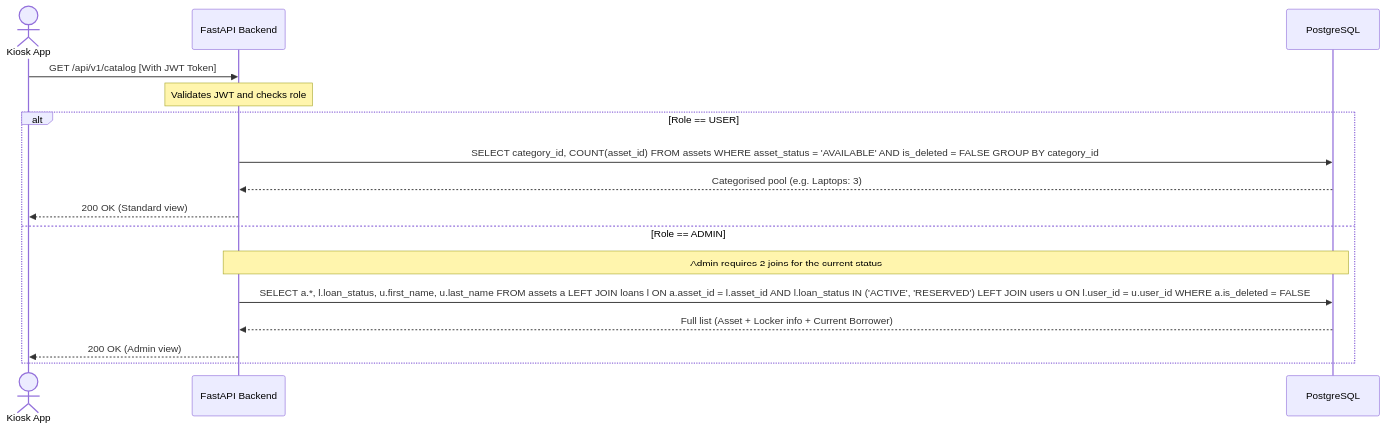
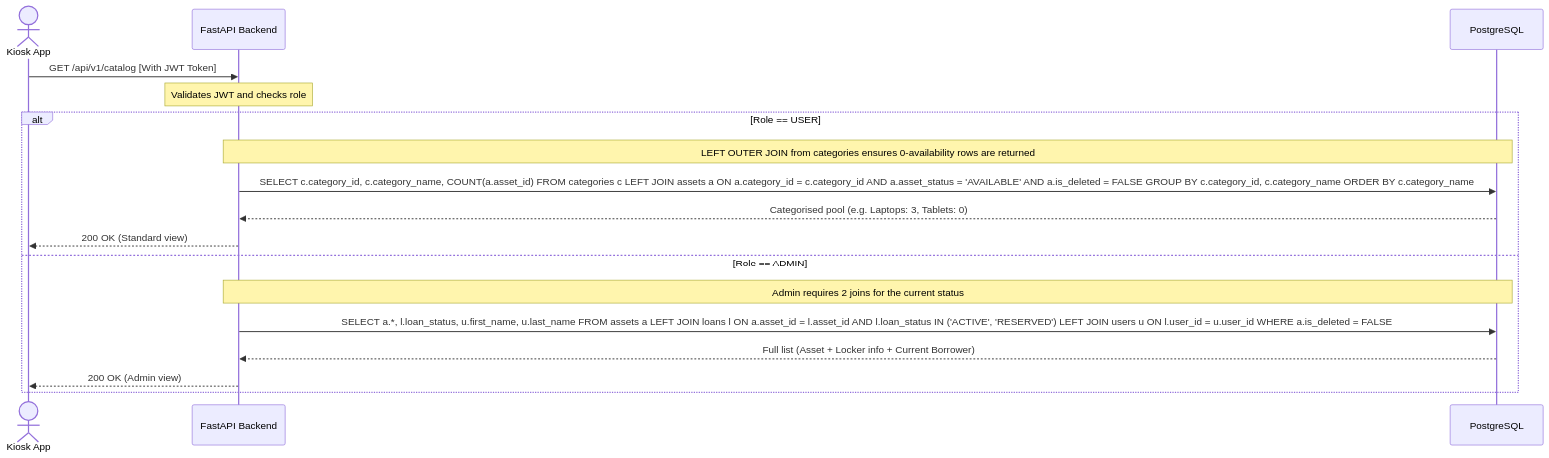
The diagram in docs/diagrams/sequence_catalog.mmd (easylend-practice-enterprise/easylend), drawn with Mermaid before and after one commit. The commit also changed 6 other files, not shown here.

Commit message:
chore: eliminate all remaining architectural drift (SQL and documentation)

```diff
--- a/docs/diagrams/sequence_catalog.mmd
+++ b/docs/diagrams/sequence_catalog.mmd
@@ -1,18 +1,19 @@
 sequenceDiagram
     actor Client as Kiosk App
     participant API as FastAPI Backend
     participant DB as PostgreSQL
 
     Client->>API: GET /api/v1/catalog [With JWT Token]
     Note over API: Validates JWT and checks role
 
     alt Role == USER
-        API->>DB: SELECT category_id, COUNT(asset_id) FROM assets WHERE asset_status = 'AVAILABLE' AND is_deleted = FALSE GROUP BY category_id
-        DB-->>API: Categorised pool (e.g. Laptops: 3)
+        Note over API,DB: LEFT OUTER JOIN from categories ensures 0-availability rows are returned
+        API->>DB: SELECT c.category_id, c.category_name, COUNT(a.asset_id) FROM categories c LEFT JOIN assets a ON a.category_id = c.category_id AND a.asset_status = 'AVAILABLE' AND a.is_deleted = FALSE GROUP BY c.category_id, c.category_name ORDER BY c.category_name
+        DB-->>API: Categorised pool (e.g. Laptops: 3, Tablets: 0)
         API-->>Client: 200 OK (Standard view)
     else Role == ADMIN
         Note over API,DB: Admin requires 2 joins for the current status
         API->>DB: SELECT a.*, l.loan_status, u.first_name, u.last_name FROM assets a LEFT JOIN loans l ON a.asset_id = l.asset_id AND l.loan_status IN ('ACTIVE', 'RESERVED') LEFT JOIN users u ON l.user_id = u.user_id WHERE a.is_deleted = FALSE
         DB-->>API: Full list (Asset + Locker info + Current Borrower)
         API-->>Client: 200 OK (Admin view)
     end
```
